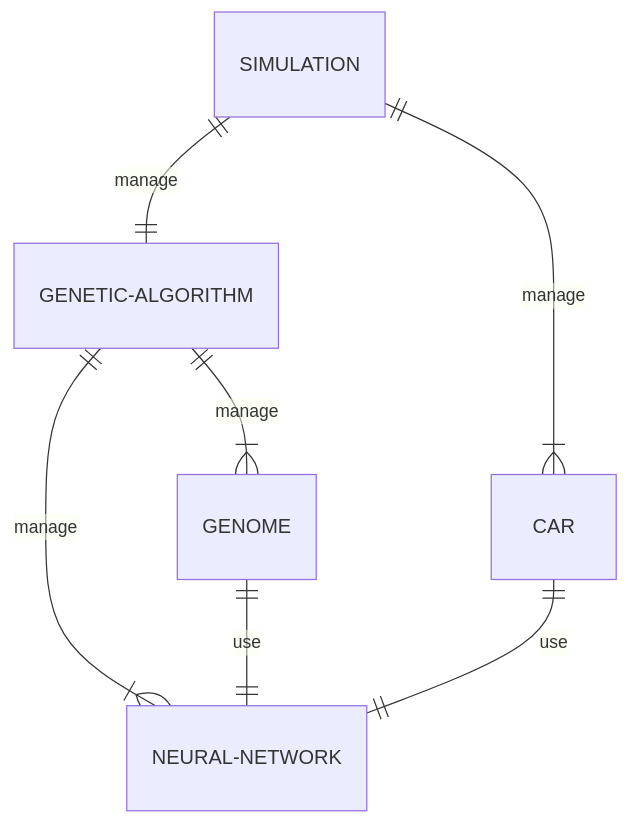
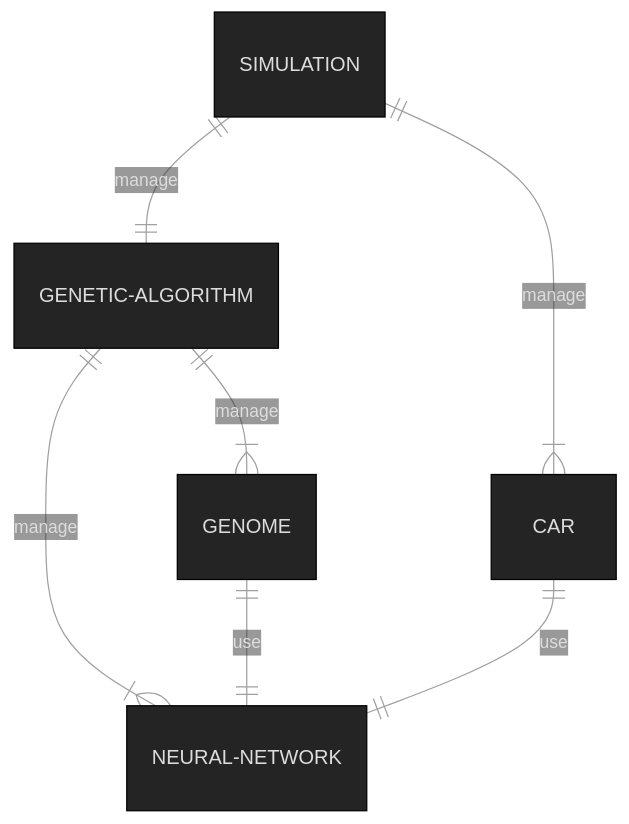
The second of 3 diagrams in README.md (GuillaumeBouchetEpitech/self-learning-3d-cars), drawn with Mermaid before and after one commit. The commit also changed other lines of this file, not shown here.

Commit message:
doc: updated diagrams with mermaid again

````diff
--- a/README.md
+++ b/README.md
@@ -71,12 +88,26 @@
 ```mermaid
+
+%%{
+  init: {
+    'theme': 'base',
+    'themeVariables': {
+      'primaryColor': '#242424',
+      'primaryTextColor': '#DDD',
+      'primaryBorderColor': '#000',
+      'lineColor': '#A0A0A0',
+      'secondaryColor': '#454545',
+      'tertiaryColor': '#353535'
+    }
+  }
+}%%
 
   erDiagram
 
     SIMULATION ||--|| GENETIC-ALGORITHM : manage
     SIMULATION ||--|{ CAR : manage
     GENETIC-ALGORITHM ||--|{ GENOME : manage
     GENETIC-ALGORITHM ||--|{ NEURAL-NETWORK : manage
     GENOME ||--|| NEURAL-NETWORK : use
     CAR ||--|| NEURAL-NETWORK : use
 
 ```
````
